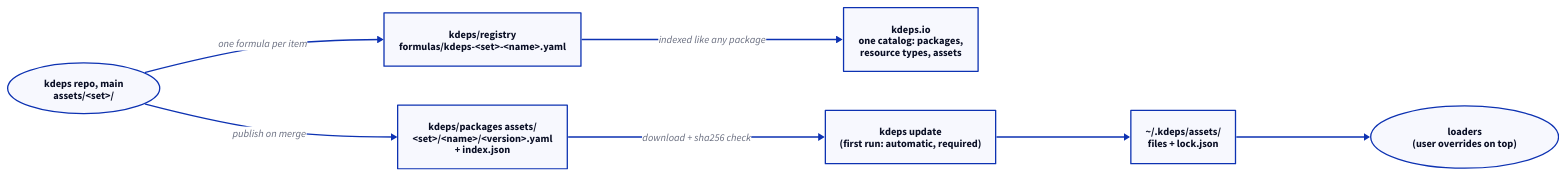
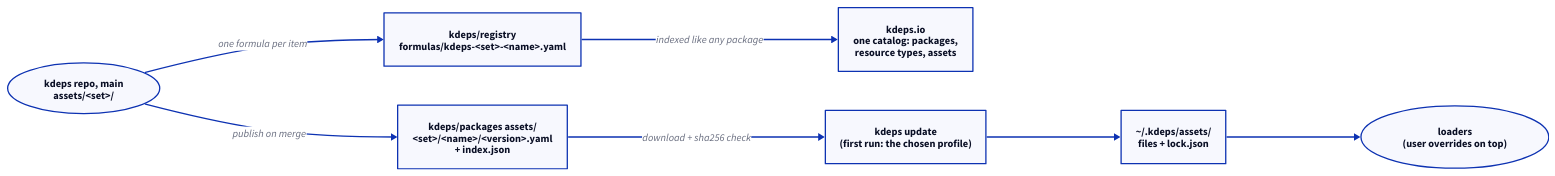
One commit to kdeps/kdeps changed the diagram in docs/v2/agent/repl-updating.md. Above: the diagram before and after it, drawn with D2. The commit also changed other lines of this file and 20 other files, not shown here.

First line of the commit message:
feat: first-run install profiles; commands install only the asset sets they load

````diff
--- a/docs/v2/agent/repl-updating.md
+++ b/docs/v2/agent/repl-updating.md
@@ -57,16 +57,16 @@
 ```d2
 direction: right
 main: "kdeps repo, main\nassets/<set>/" {shape: oval}
 branch: "kdeps/packages assets/\n<set>/<name>/<version>.yaml\n+ index.json"
 formulas: "kdeps/registry\nformulas/kdeps-<set>-<name>.yaml"
 site: "kdeps.io\none catalog: packages,\nresource types, assets"
-update: "kdeps update\n(first run: automatic, required)"
+update: "kdeps update\n(first run: the chosen profile)"
 store: "~/.kdeps/assets/\nfiles + lock.json"
 loader: "loaders\n(user overrides on top)" {shape: oval}
 main -> branch: "publish on merge"
 main -> formulas: "one formula per item"
 formulas -> site: "indexed like any package"
 branch -> update: "download + sha256 check"
 update -> store
 store -> loader
 ```
````
